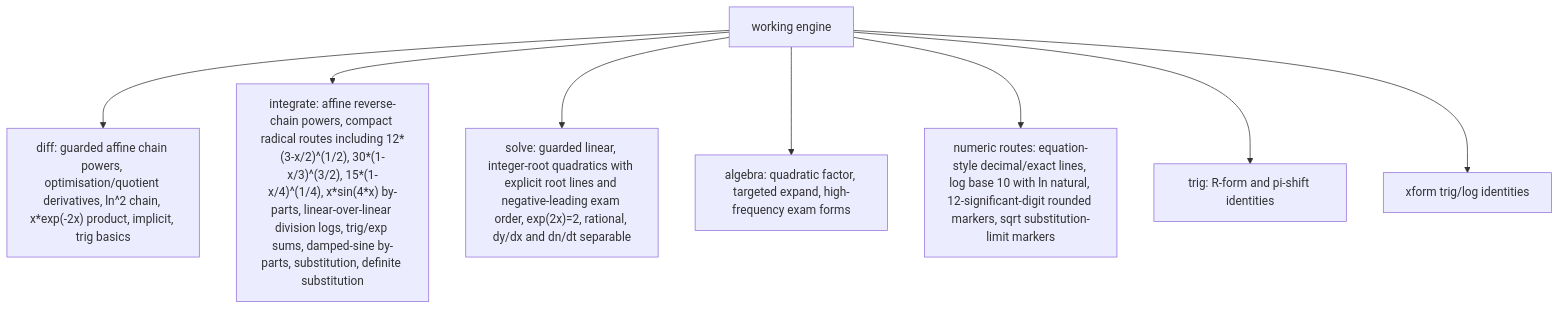
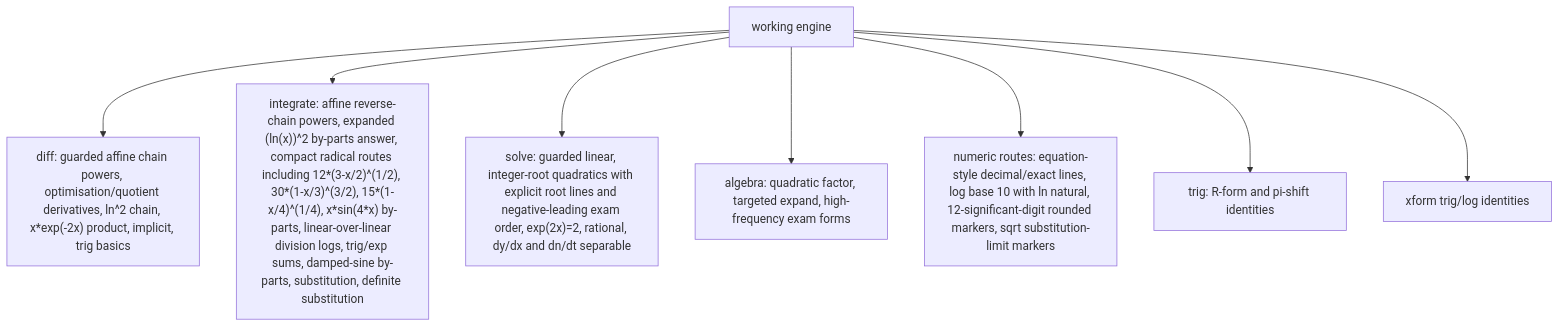
Before and after one commit to james8464/notes-addin-casio-fx-cg50: the third of 6 diagrams in docs/GRAPH.md, drawn with Mermaid. The commit also changed other lines of this file and 3 other files, not shown here.

````diff
--- a/docs/GRAPH.md
+++ b/docs/GRAPH.md
@@ -36,10 +36,10 @@
 ```mermaid
 graph TD
   Work["working engine"] --> Diff["diff: guarded affine chain powers, optimisation/quotient derivatives, ln^2 chain, x*exp(-2x) product, implicit, trig basics"]
-  Work --> Int["integrate: affine reverse-chain powers, compact radical routes including 12*(3-x/2)^(1/2), 30*(1-x/3)^(3/2), 15*(1-x/4)^(1/4), x*sin(4*x) by-parts, linear-over-linear division logs, trig/exp sums, damped-sine by-parts, substitution, definite substitution"]
+  Work --> Int["integrate: affine reverse-chain powers, expanded (ln(x))^2 by-parts answer, compact radical routes including 12*(3-x/2)^(1/2), 30*(1-x/3)^(3/2), 15*(1-x/4)^(1/4), x*sin(4*x) by-parts, linear-over-linear division logs, trig/exp sums, damped-sine by-parts, substitution, definite substitution"]
   Work --> Solve["solve: guarded linear, integer-root quadratics with explicit root lines and negative-leading exam order, exp(2x)=2, rational, dy/dx and dn/dt separable"]
   Work --> Alg["algebra: quadratic factor, targeted expand, high-frequency exam forms"]
   Work --> Num["numeric routes: equation-style decimal/exact lines, log base 10 with ln natural, 12-significant-digit rounded markers, sqrt substitution-limit markers"]
   Work --> Trig["trig: R-form and pi-shift identities"]
   Work --> Xform["xform trig/log identities"]
 ```
````
